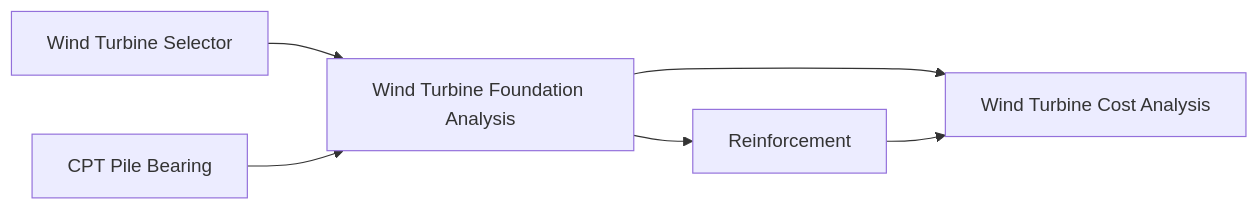
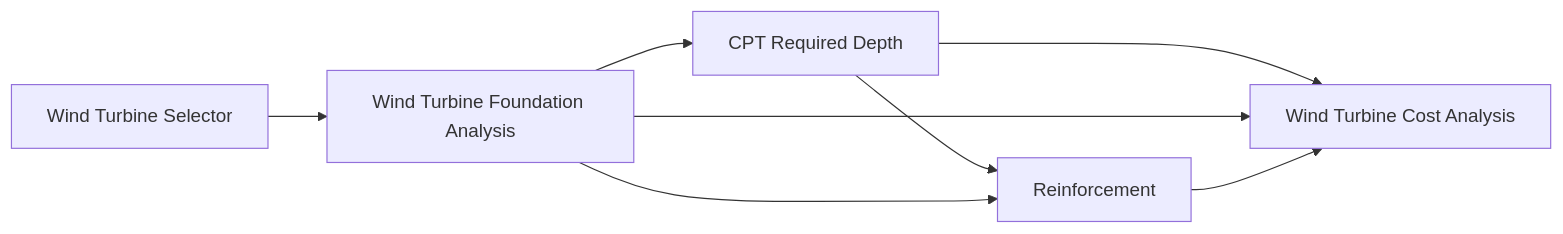
One commit to AlejoDuarte23/nemetschek-agentic-demo changed the diagram in convert-app-params-to-schema/wind_turbine_workflow.md. Above: the diagram before and after it, drawn with Mermaid. The commit also changed other lines of this file and 10 other files, not shown here.

````diff
--- a/convert-app-params-to-schema/wind_turbine_workflow.md
+++ b/convert-app-params-to-schema/wind_turbine_workflow.md
@@ -5,14 +5,16 @@
 ```mermaid
 flowchart LR
   selector["Wind Turbine Selector"]
-  cpt["CPT Pile Bearing"]
+  cpt["CPT Required Depth"]
   foundation["Wind Turbine Foundation Analysis"]
   reinforcement["Reinforcement"]
   cost["Wind Turbine Cost Analysis"]
 
   selector --> foundation
-  cpt --> foundation
+  foundation --> cpt
+  cpt --> reinforcement
   foundation --> reinforcement
+  cpt --> cost
   foundation --> cost
   reinforcement --> cost
 ```
````
